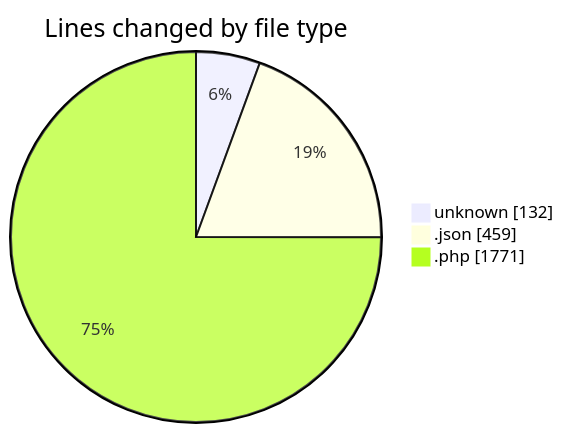
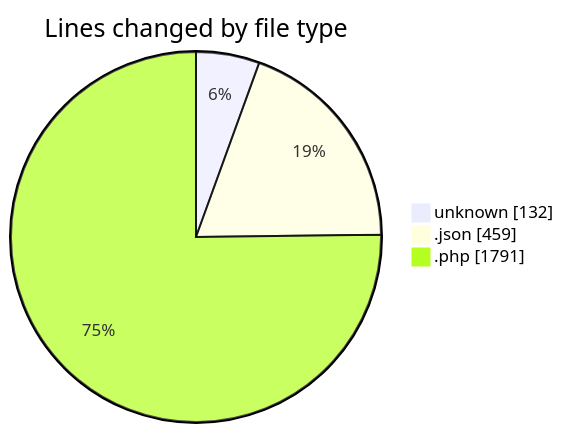
The first of 2 diagrams in 2025-03-26/autodidak/README.md (idhammustaqopulfikri/code-tracking), drawn with Mermaid before and after one commit. The commit also changed other lines of this file and 1 other file, not shown here.

````diff
--- a/2025-03-26/autodidak/README.md
+++ b/2025-03-26/autodidak/README.md
@@ -30,7 +30,7 @@
 ```mermaid
 pie showData
 title Lines changed by file type
 "unknown" : 132
 ".json" : 459
-".php" : 1771
+".php" : 1791
 ```
````
